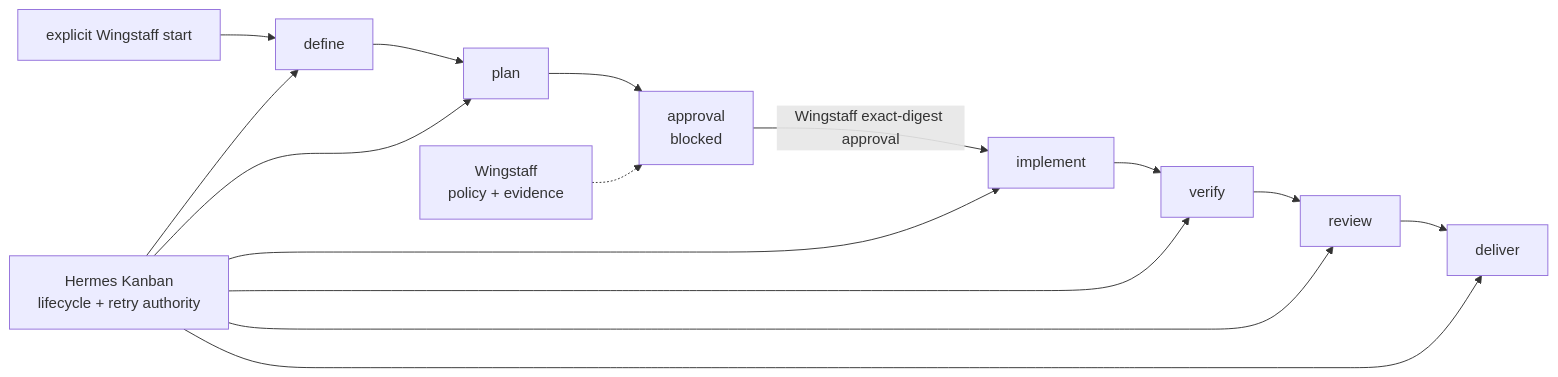
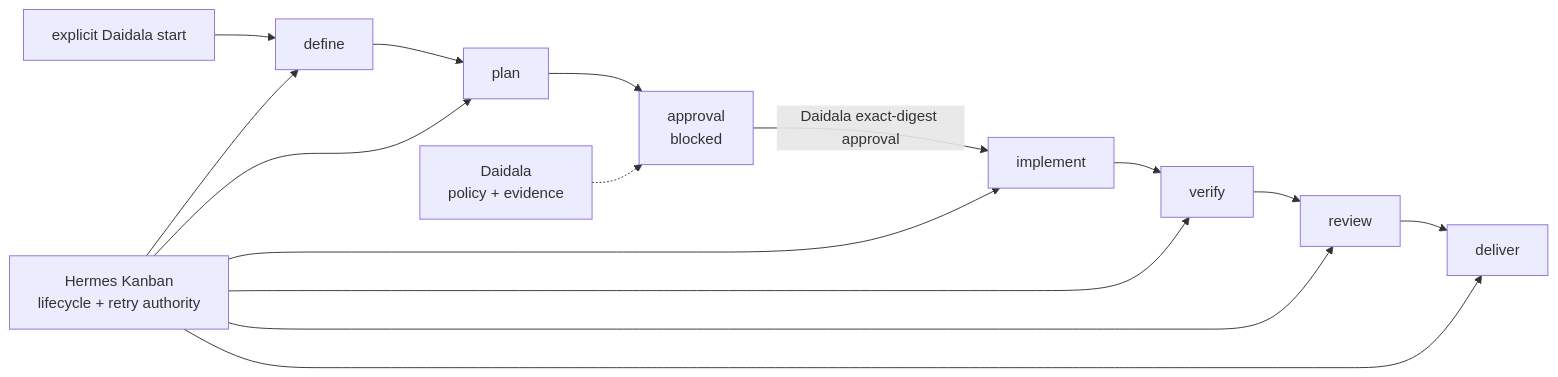
The diagram in docs/README.md (forgegod/daidala), drawn with Mermaid before and after one commit. The commit also changed other lines of this file and 28 other files, not shown here.

````diff
--- a/docs/README.md
+++ b/docs/README.md
@@ -38,18 +38,18 @@
 ```mermaid
 flowchart LR
-    S["explicit Wingstaff start"] --> D["define"]
+    S["explicit Daidala start"] --> D["define"]
     D --> P["plan"]
     P --> G["approval<br>blocked"]
-    G -->|"Wingstaff exact-digest approval"| I["implement"]
+    G -->|"Daidala exact-digest approval"| I["implement"]
     I --> V["verify"]
     V --> R["review"]
     R --> DL["deliver"]
 
     H["Hermes Kanban<br>lifecycle + retry authority"] --> D
     H --> P
     H --> I
     H --> V
     H --> R
     H --> DL
-    W["Wingstaff<br>policy + evidence"] -.-> G
+    W["Daidala<br>policy + evidence"] -.-> G
 ```
````
